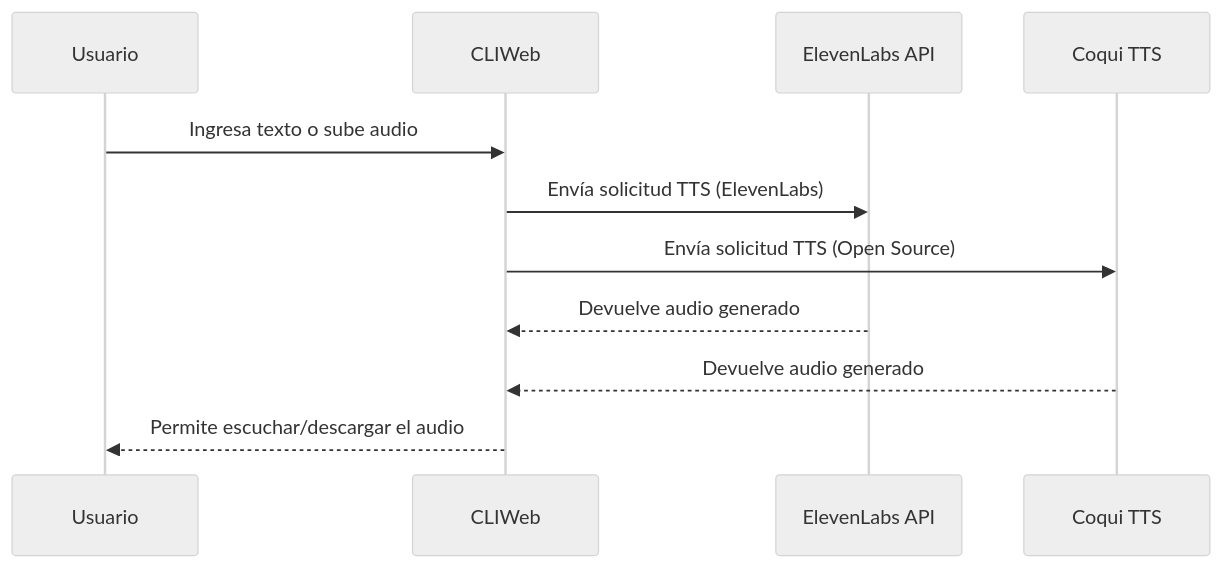
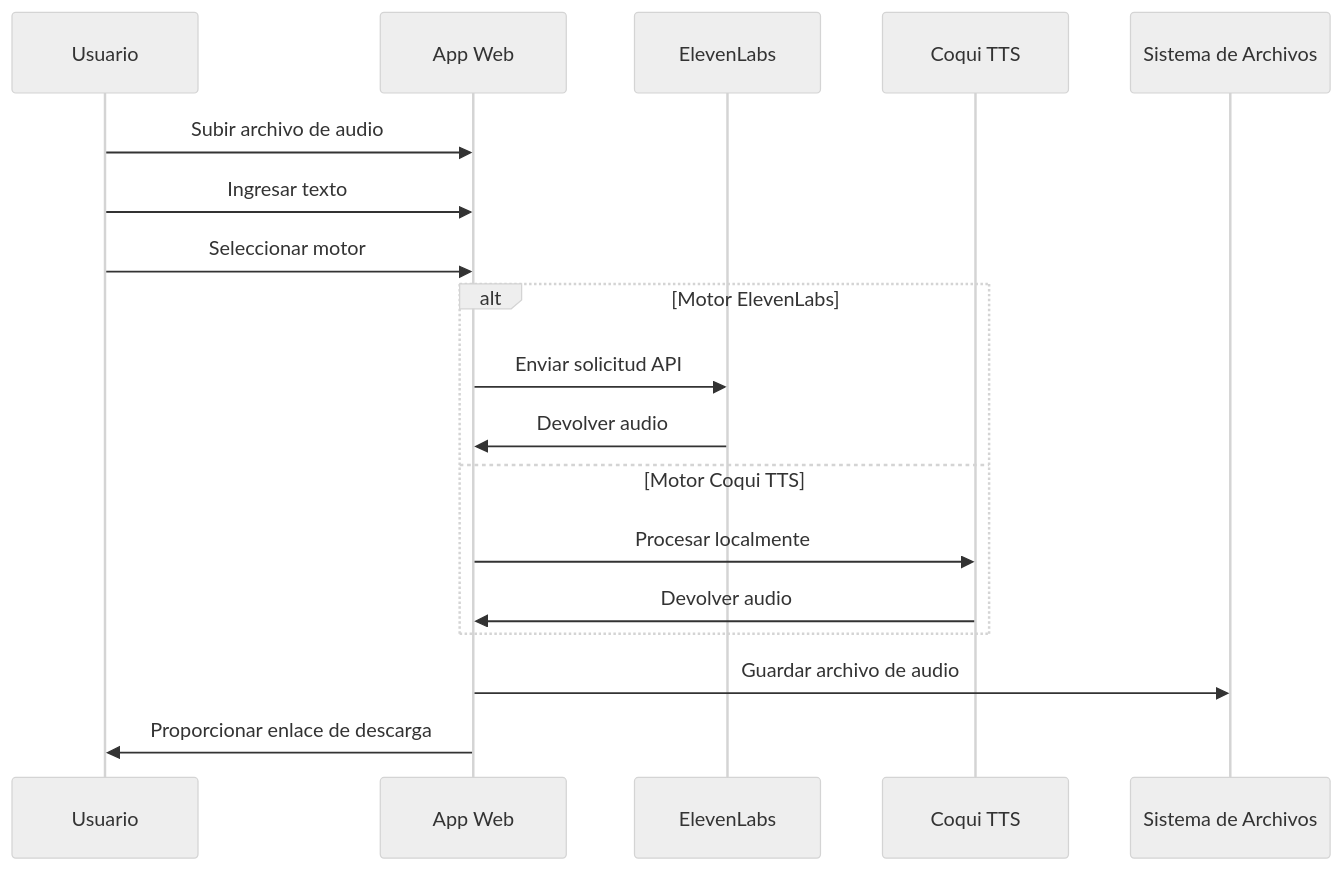
The fourth of 4 diagrams in README.md (EdissonGirald0/s-ntesis-de-voz), drawn with Mermaid (neutral theme) before and after one commit. The commit also changed other lines of this file and 158 other files, not shown here.

````diff
--- a/README.md
+++ b/README.md
@@ -25,13 +492,23 @@
 ```mermaid
 sequenceDiagram
     participant U as Usuario
-    participant CLI as CLIWeb
-    participant API as ElevenLabs API
-    participant COQUI as Coqui TTS
-    U->>CLI: Ingresa texto o sube audio
-    CLI->>API: Envía solicitud TTS (ElevenLabs)
-    CLI->>COQUI: Envía solicitud TTS (Open Source)
-    API-->>CLI: Devuelve audio generado
-    COQUI-->>CLI: Devuelve audio generado
-    CLI-->>U: Permite escuchar/descargar el audio
+    participant W as App Web
+    participant E as ElevenLabs
+    participant C as Coqui TTS
+    participant F as Sistema de Archivos
+
+    U->>W: Subir archivo de audio
+    U->>W: Ingresar texto
+    U->>W: Seleccionar motor
+    
+    alt Motor ElevenLabs
+        W->>E: Enviar solicitud API
+        E->>W: Devolver audio
+    else Motor Coqui TTS
+        W->>C: Procesar localmente
+        C->>W: Devolver audio
+    end
+    
+    W->>F: Guardar archivo de audio
+    W->>U: Proporcionar enlace de descarga
 ```
````
